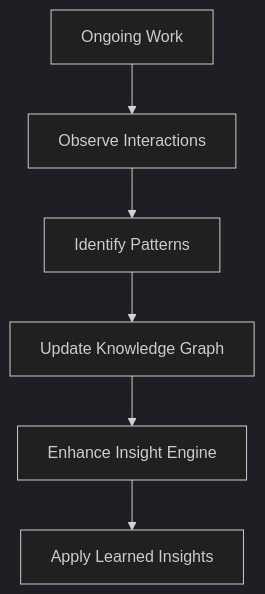
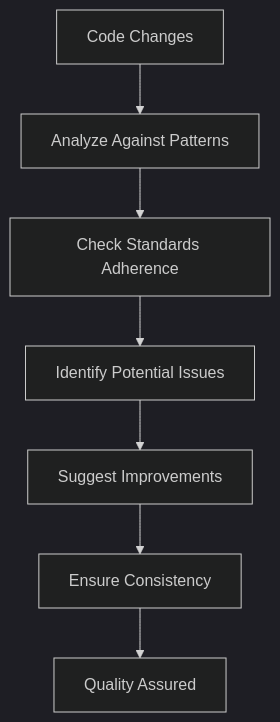
The fourth of 8 diagrams in memorybank.md (ishwar-chandra/llm-profiles-prompts), drawn with Mermaid (dark theme) before and after one commit. The commit also changed other lines of this file, not shown here.

````diff
--- a/memorybank.md
+++ b/memorybank.md
@@ -172,8 +155,9 @@
 ```mermaid
 flowchart TD
-    Start[Ongoing Work] --> Observe[Observe Interactions]
-    Observe --> Identify[Identify Patterns]
-    Identify --> Update[Update Knowledge Graph]
-    Update --> Enhance[Enhance Insight Engine]
-    Enhance --> Apply[Apply Learned Insights]
+    Start[Code Changes] --> Analyze[Analyze Against Patterns]
+    Analyze --> Check[Check Standards Adherence]
+    Check --> Identify[Identify Potential Issues]
+    Identify --> Suggest[Suggest Improvements]
+    Suggest --> Ensure[Ensure Consistency]
+    Ensure --> Complete[Quality Assured]
 ```
````
